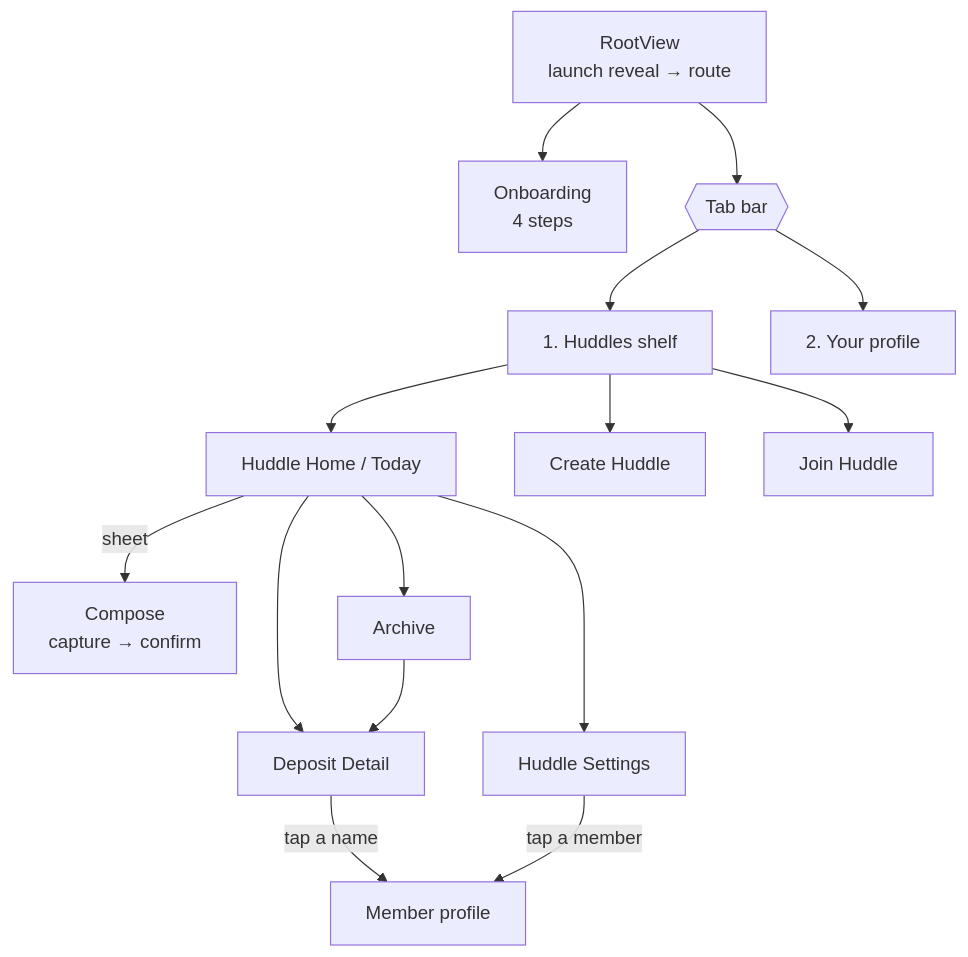
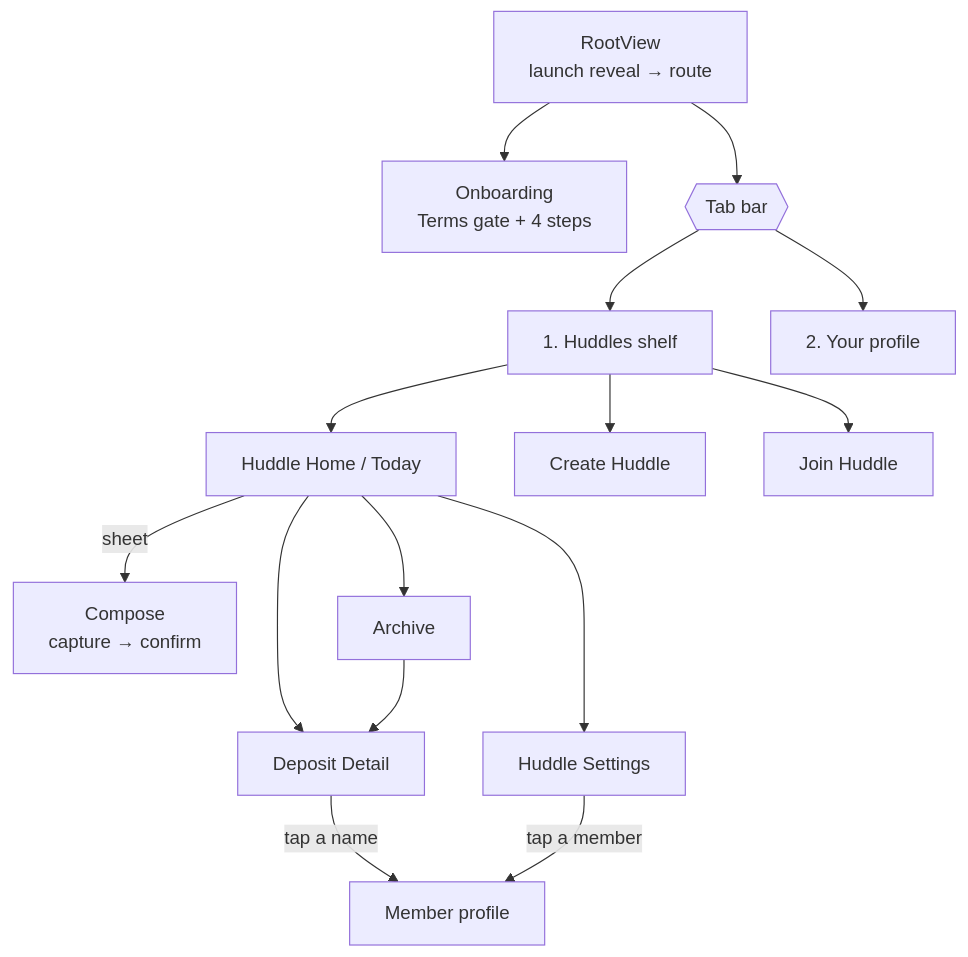
Before and after one commit to XpertiCON106/HuddlePals: the second of 7 diagrams in HuddlePal/OVERVIEW.md, drawn with Mermaid. The commit also changed other lines of this file and 14 other files, not shown here.

````diff
--- a/HuddlePal/OVERVIEW.md
+++ b/HuddlePal/OVERVIEW.md
@@ -91,17 +91,17 @@
 ```mermaid
 flowchart TD
-    Root[RootView<br>launch reveal → route] --> OB[Onboarding<br>4 steps]
+    Root[RootView<br>launch reveal → route] --> OB[Onboarding<br>Terms gate + 4 steps]
     Root --> Tabs{{Tab bar}}
     Tabs --> List[1. Huddles shelf]
     Tabs --> Prof[2. Your profile]
     List --> Home[Huddle Home / Today]
     List --> Create[Create Huddle]
     List --> Join[Join Huddle]
     Home -- sheet --> Compose[Compose<br>capture → confirm]
     Home --> Arch[Archive]
     Home --> Detail[Deposit Detail]
     Home --> Settings[Huddle Settings]
     Arch --> Detail
     Detail -- tap a name --> UP[Member profile]
     Settings -- tap a member --> UP
 ```
````
